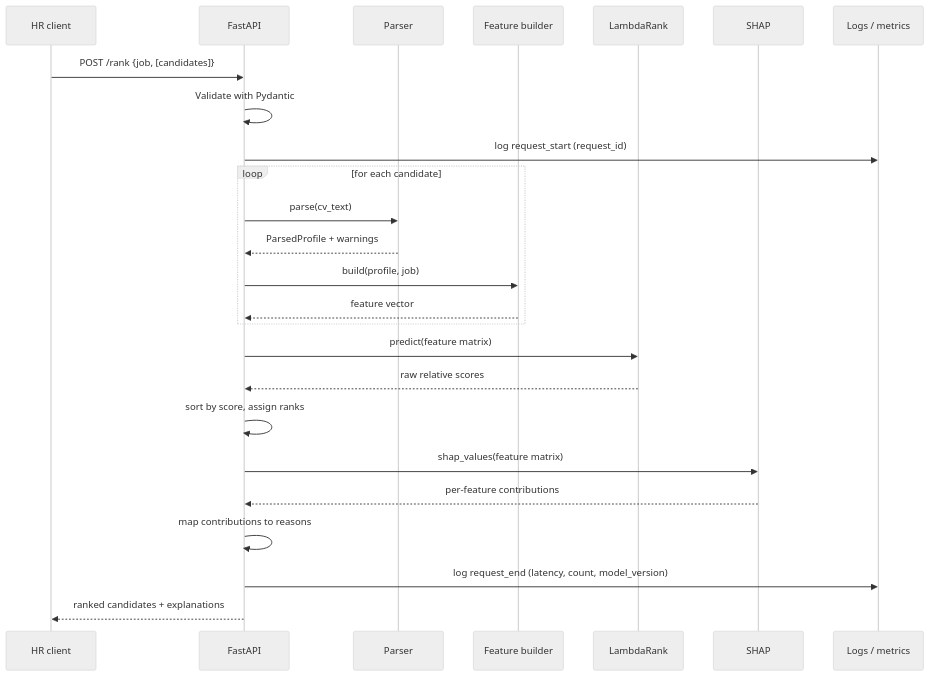
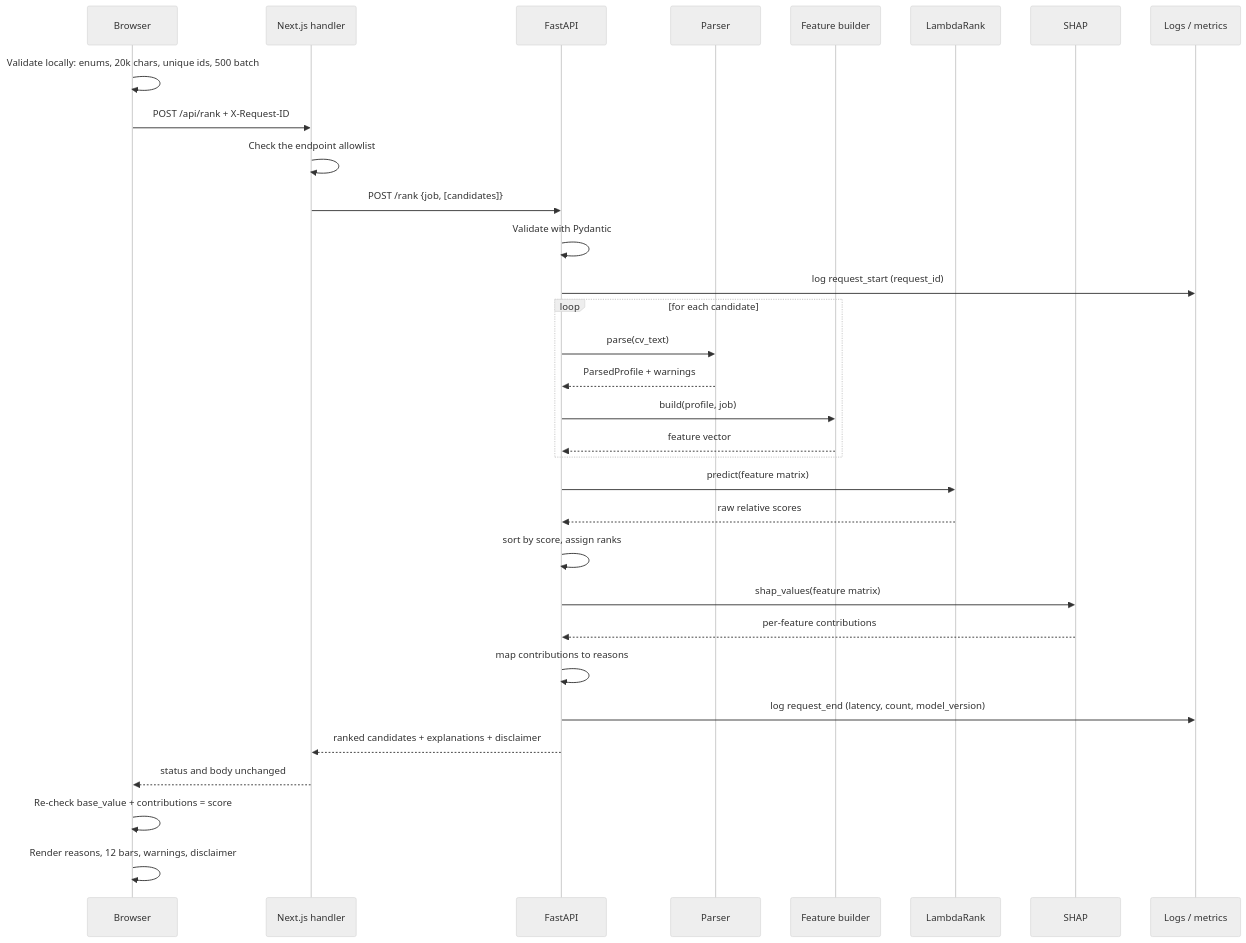
The second of 6 diagrams in docs/architecture.md (Kainatfatima0311/guardmatch-ai), drawn with Mermaid (neutral theme) before and after one commit. The commit also changed other lines of this file and 26 other files, not shown here.

````diff
--- a/docs/architecture.md
+++ b/docs/architecture.md
@@ -70,31 +89,38 @@
 ```mermaid
 sequenceDiagram
-    participant HR as HR client
+    participant B as Browser
+    participant W as Next.js handler
     participant API as FastAPI
     participant P as Parser
     participant F as Feature builder
     participant M as LambdaRank
     participant S as SHAP
     participant L as Logs / metrics
 
-    HR->>API: POST /rank {job, [candidates]}
+    B->>B: Validate locally: enums, 20k chars, unique ids, 500 batch
+    B->>W: POST /api/rank + X-Request-ID
+    W->>W: Check the endpoint allowlist
+    W->>API: POST /rank {job, [candidates]}
     API->>API: Validate with Pydantic
     API->>L: log request_start (request_id)
 
     loop for each candidate
         API->>P: parse(cv_text)
         P-->>API: ParsedProfile + warnings
         API->>F: build(profile, job)
         F-->>API: feature vector
     end
 
     API->>M: predict(feature matrix)
     M-->>API: raw relative scores
     API->>API: sort by score, assign ranks
     API->>S: shap_values(feature matrix)
     S-->>API: per-feature contributions
     API->>API: map contributions to reasons
 
     API->>L: log request_end (latency, count, model_version)
-    API-->>HR: ranked candidates + explanations
+    API-->>W: ranked candidates + explanations + disclaimer
+    W-->>B: status and body unchanged
+    B->>B: Re-check base_value + contributions = score
+    B->>B: Render reasons, 12 bars, warnings, disclaimer
 ```
````
